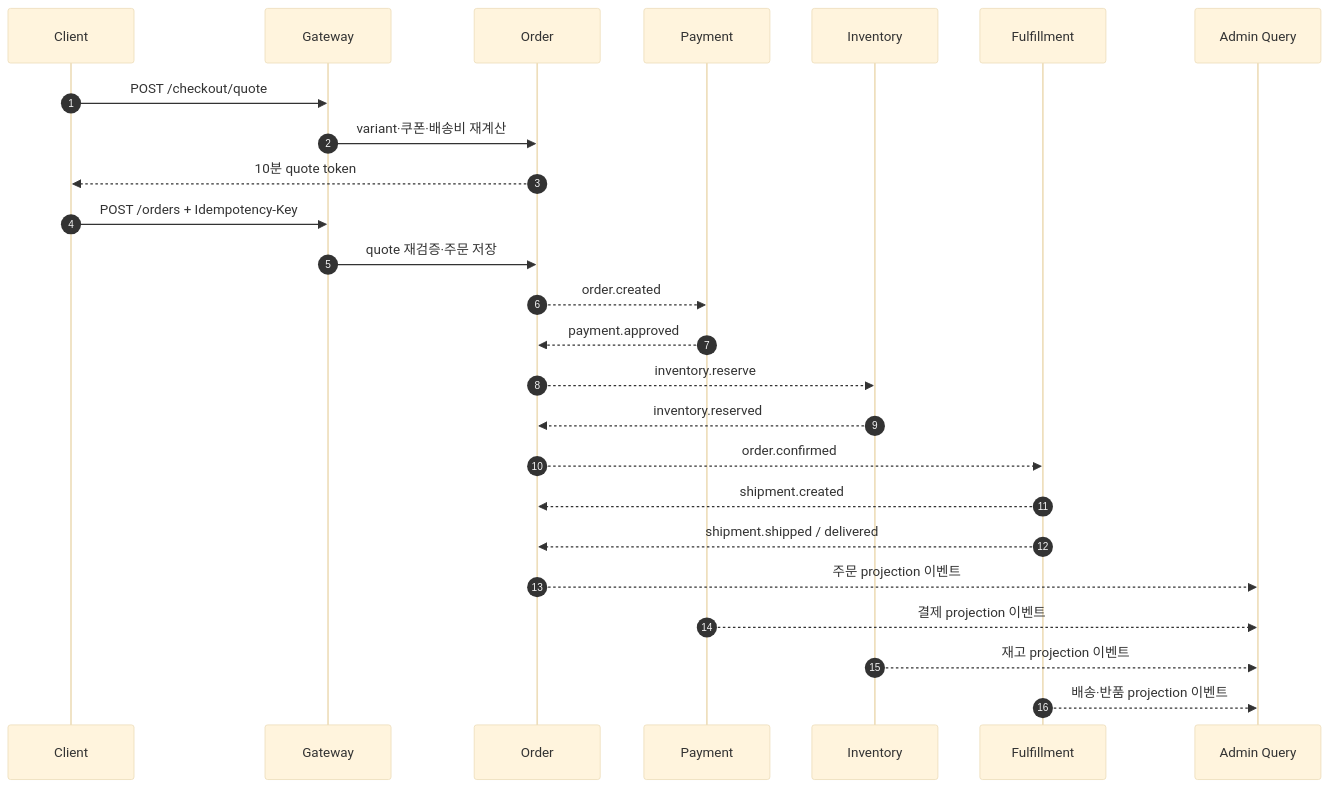
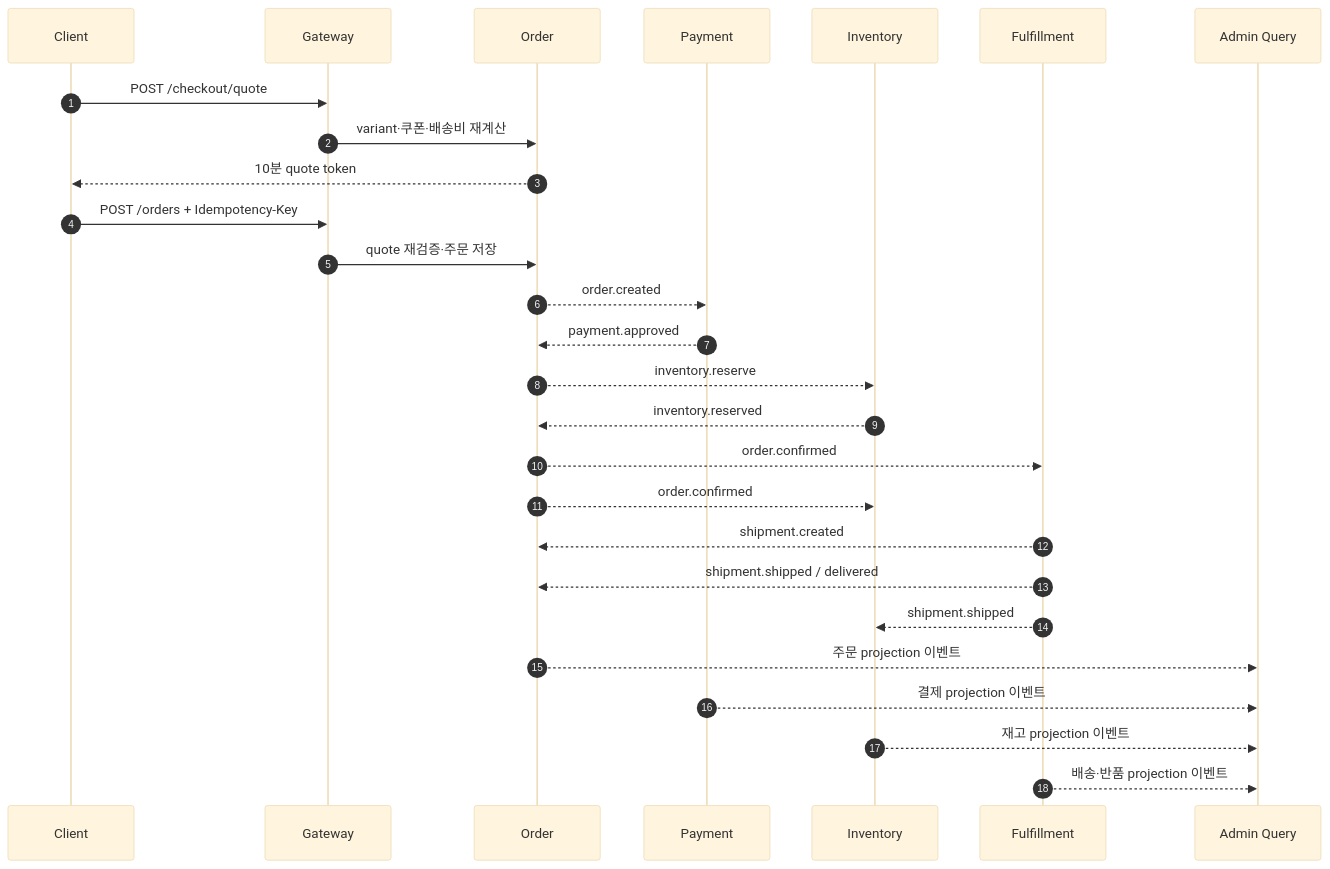
The second of 2 diagrams in docs/ARCHITECTURE.md (lulupang2/ecommerce), drawn with Mermaid (base theme) before and after one commit. The commit also changed other lines of this file and 21 other files, not shown here.

````diff
--- a/docs/ARCHITECTURE.md
+++ b/docs/ARCHITECTURE.md
@@ -77,28 +77,30 @@
 ```mermaid
 sequenceDiagram
   autonumber
   participant C as Client
   participant G as Gateway
   participant O as Order
   participant P as Payment
   participant I as Inventory
   participant F as Fulfillment
   participant A as Admin Query
 
   C->>G: POST /checkout/quote
   G->>O: variant·쿠폰·배송비 재계산
   O-->>C: 10분 quote token
   C->>G: POST /orders + Idempotency-Key
   G->>O: quote 재검증·주문 저장
   O-->>P: order.created
   P-->>O: payment.approved
   O-->>I: inventory.reserve
   I-->>O: inventory.reserved
   O-->>F: order.confirmed
+  O-->>I: order.confirmed
   F-->>O: shipment.created
   F-->>O: shipment.shipped / delivered
+  F-->>I: shipment.shipped
   O-->>A: 주문 projection 이벤트
   P-->>A: 결제 projection 이벤트
   I-->>A: 재고 projection 이벤트
   F-->>A: 배송·반품 projection 이벤트
 ```
````
